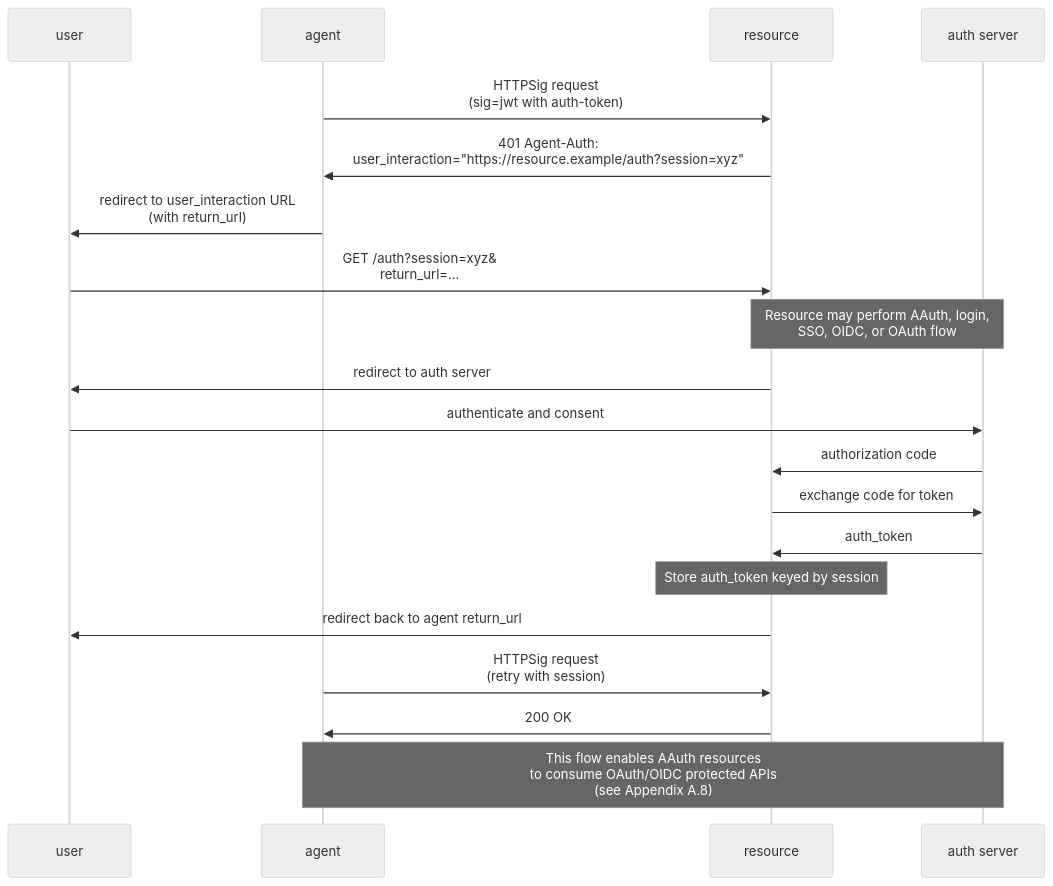
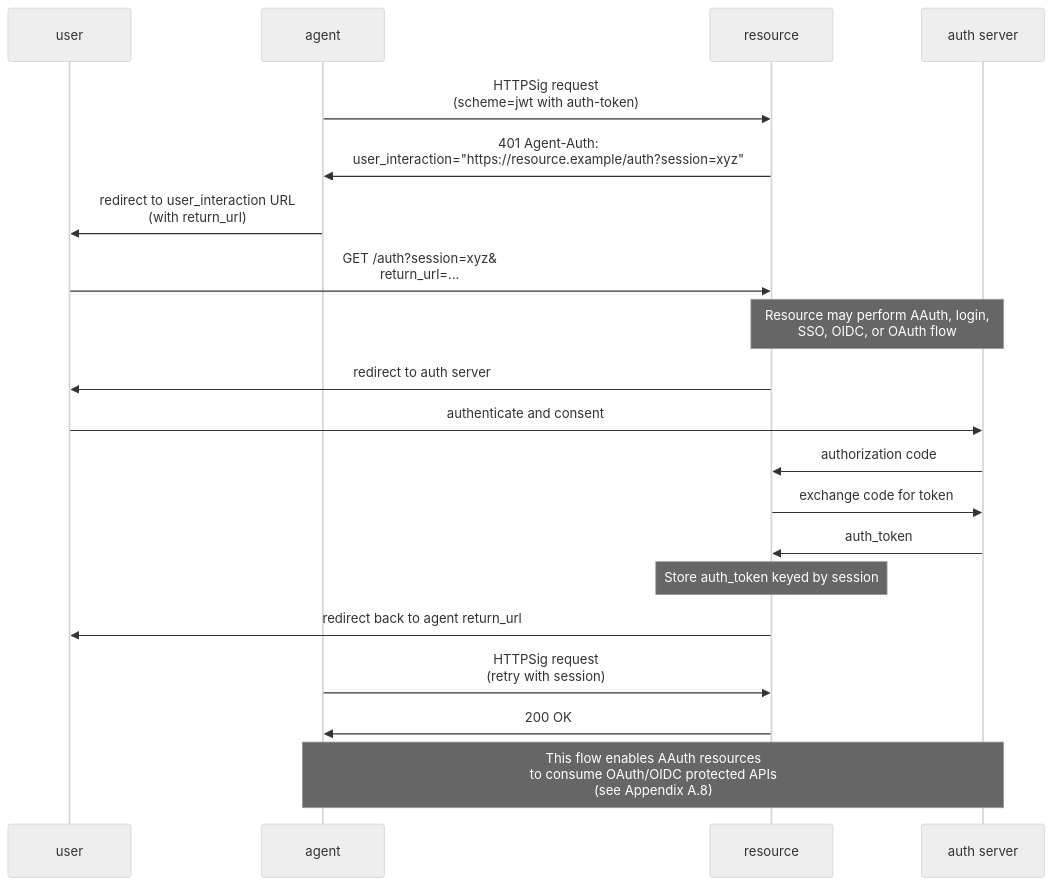
Before and after one commit to dickhardt/agent-auth: the eighth of 10 diagrams in README.md, drawn with Mermaid (neutral theme). The commit also changed other lines of this file, not shown here.

First line of the commit message:
Update mermaid diagrams and prose to use scheme= consistently

````diff
--- a/README.md
+++ b/README.md
@@ -333,29 +333,29 @@
 ```mermaid
 sequenceDiagram
     participant User as user
     participant Agent as agent
     participant Resource as resource
     participant Auth as auth server
 
-    Agent->>Resource: HTTPSig request<br/>(sig=jwt with auth-token)
+    Agent->>Resource: HTTPSig request<br/>(scheme=jwt with auth-token)
     Resource->>Agent: 401 Agent-Auth:<br/>user_interaction="https://resource.example/auth?session=xyz"
 
     Agent->>User: redirect to user_interaction URL<br/>(with return_url)
     User->>Resource: GET /auth?session=xyz&<br/>return_url=...
 
     Note over Resource,Auth: Resource may perform AAuth, login,<br/>SSO, OIDC, or OAuth flow
     Resource->>User: redirect to auth server
     User->>Auth: authenticate and consent
     Auth->>Resource: authorization code
 
     Resource->>Auth: exchange code for token
     Auth->>Resource: auth_token
     Note over Resource: Store auth_token keyed by session
 
     Resource->>User: redirect back to agent return_url
 
     Agent->>Resource: HTTPSig request<br/>(retry with session)
     Resource->>Agent: 200 OK
 
     Note over Agent,Auth: This flow enables AAuth resources<br/>to consume OAuth/OIDC protected APIs<br/>(see Appendix A.8)
 ```
````
